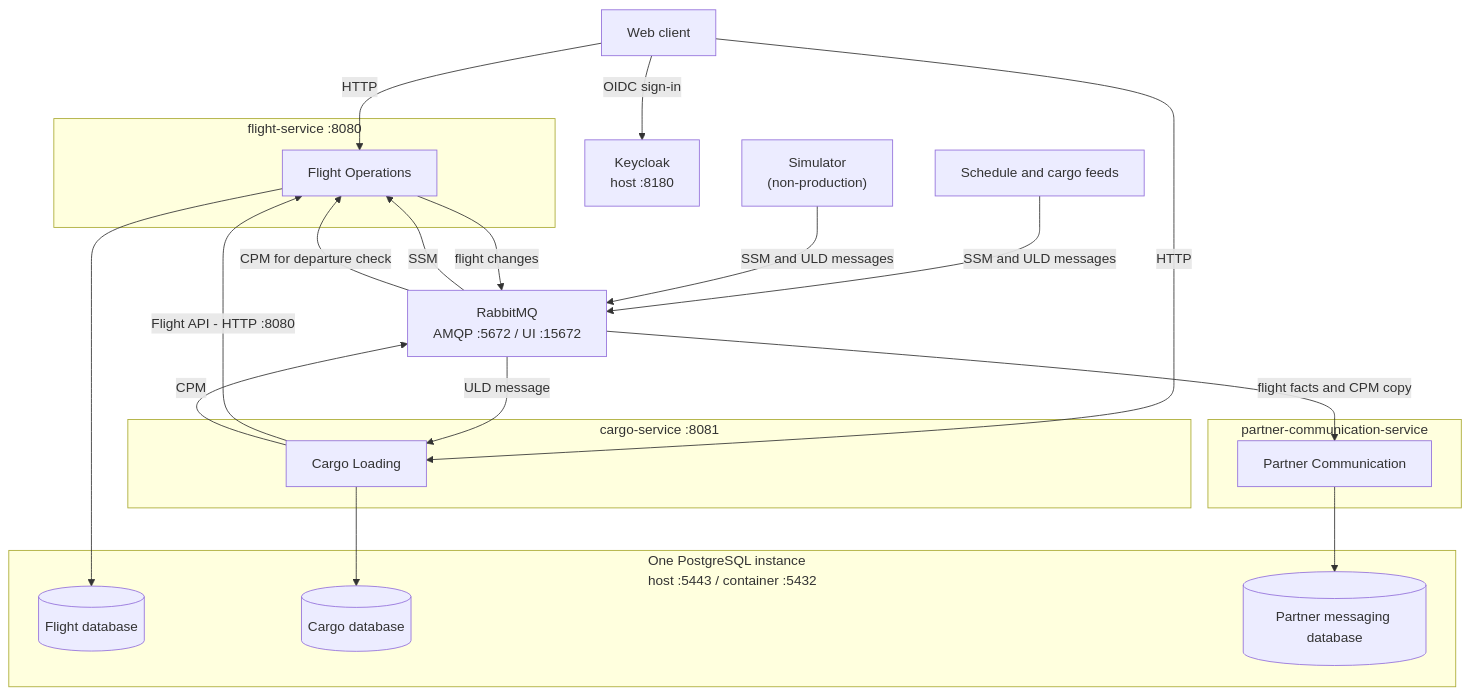
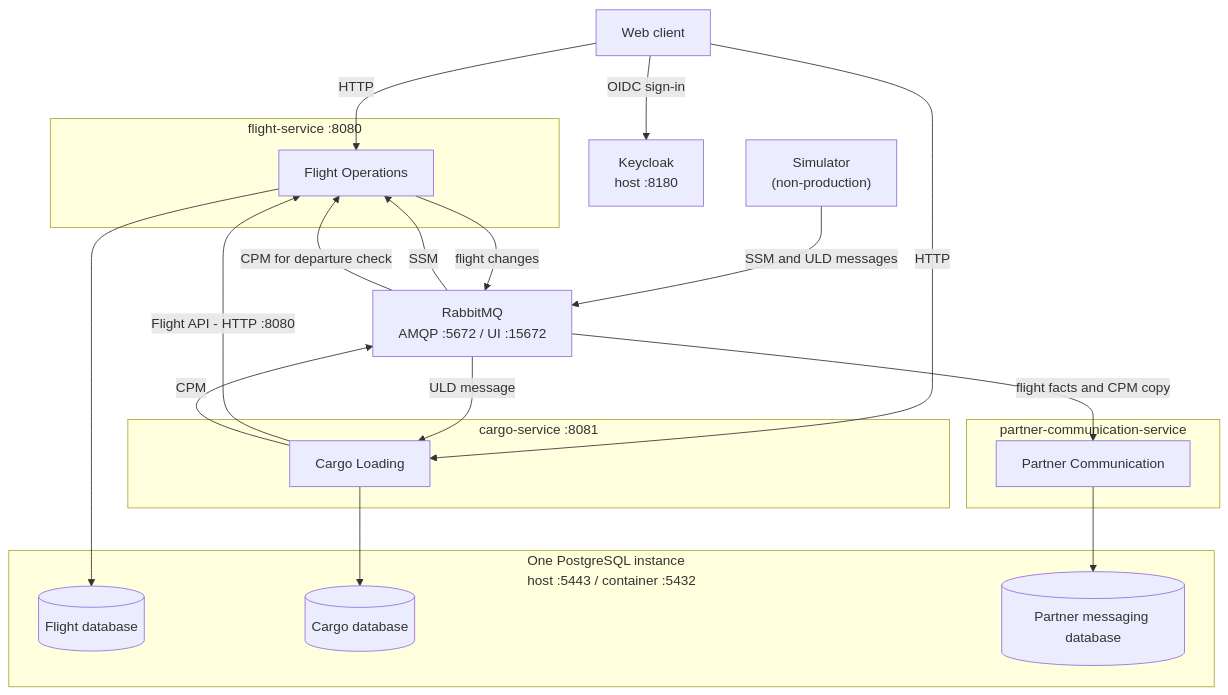
One commit to ebhd/air-freight-operations changed the third of 9 diagrams in architecture/analyse.md. Above: the diagram before and after it, drawn with Mermaid. The commit also changed other lines of this file and 1 other file, not shown here.

````diff
--- a/architecture/analyse.md
+++ b/architecture/analyse.md
@@ -106,35 +103,34 @@
 ```mermaid
 flowchart TB
     Client["Web client"] -->|HTTP| F
     Client -->|HTTP| C
     Client -->|OIDC sign-in| IAM["Keycloak<br/>host :8180"]
 
     subgraph FS["flight-service :8080"]
         F["Flight Operations"]
     end
     subgraph CS["cargo-service :8081"]
         C["Cargo Loading"]
     end
     subgraph PS["partner-communication-service"]
         P["Partner Communication"]
     end
     subgraph PG["One PostgreSQL instance<br/>host :5443 / container :5432"]
         FDB[("Flight database")]
         CDB[("Cargo database")]
         PDB[("Partner messaging database")]
     end
 
     F --> FDB
     C --> CDB
     P --> PDB
     C -->|Flight API - HTTP :8080| F
 
-    Sources["Schedule and cargo feeds"] -->|SSM and ULD messages| MQ["RabbitMQ<br/>AMQP :5672 / UI :15672"]
-    Sim["Simulator<br/>(non-production)"] -->|SSM and ULD messages| MQ
+    Sim["Simulator<br/>(non-production)"] -->|SSM and ULD messages| MQ["RabbitMQ<br/>AMQP :5672 / UI :15672"]
     MQ -->|SSM| F
     MQ -->|ULD message| C
     F -->|flight changes| MQ
     C -->|CPM| MQ
     MQ -->|flight facts and CPM copy| P
     MQ -->|CPM for departure check| F
 ```
````
